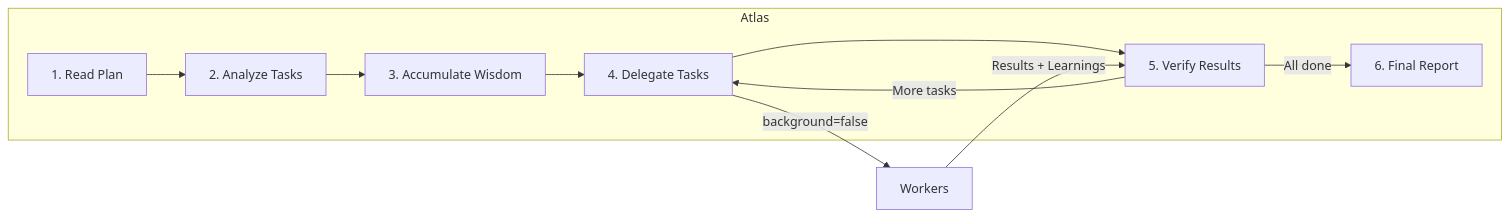
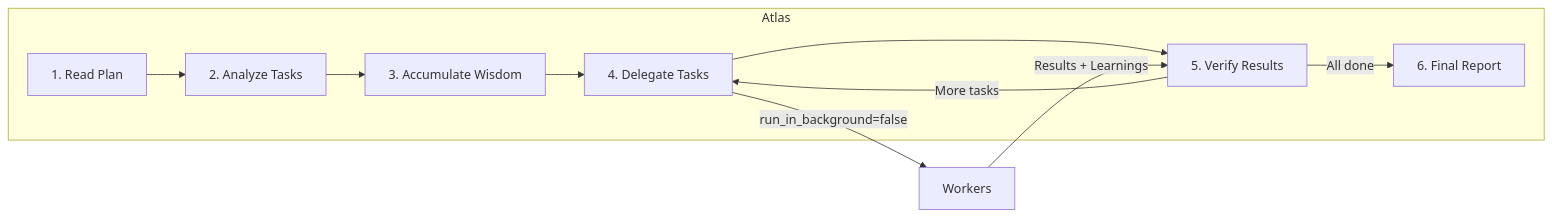
The third of 4 diagrams in docs/guide/understanding-orchestration-system.md (arcthur/oh-my-opencode), drawn with Mermaid before and after one commit. The commit also changed other lines of this file and 50 other files, not shown here.

First line of the commit message:
refactor(docs): restructure documentation into layered architecture

````diff
--- a/docs/guide/understanding-orchestration-system.md
+++ b/docs/guide/understanding-orchestration-system.md
@@ -137,21 +137,21 @@
 ```mermaid
 flowchart LR
     subgraph Orchestrator["Atlas"]
         Read["1. Read Plan"]
         Analyze["2. Analyze Tasks"]
         Wisdom["3. Accumulate Wisdom"]
         Delegate["4. Delegate Tasks"]
         Verify["5. Verify Results"]
         Report["6. Final Report"]
     end
     
     Read --> Analyze
     Analyze --> Wisdom
     Wisdom --> Delegate
     Delegate --> Verify
     Verify -->|"More tasks"| Delegate
     Verify -->|"All done"| Report
     
-    Delegate -->|"background=false"| Workers["Workers"]
+    Delegate -->|"run_in_background=false"| Workers["Workers"]
     Workers -->|"Results + Learnings"| Verify
 ```
````
